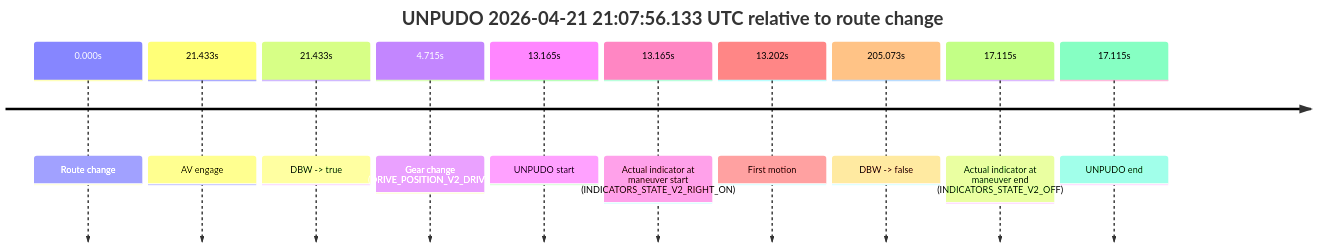
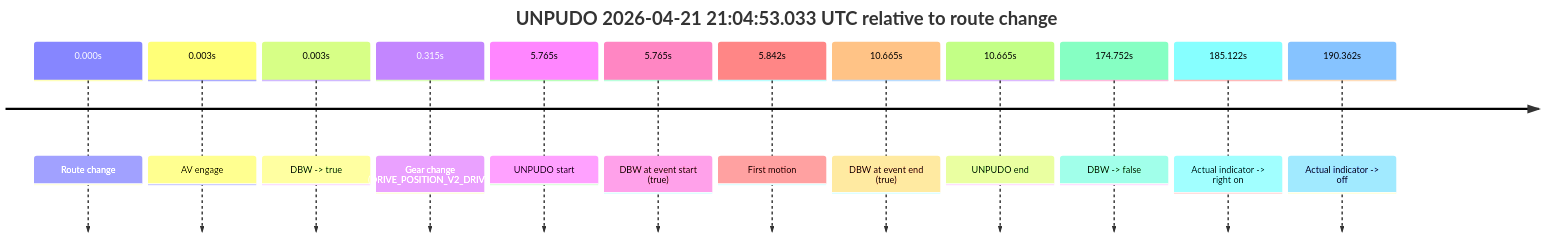
One commit to yoelshapiro/vault changed the second of 9 diagrams in model_analysis/report_cards/2026/04/Week-4/fme20009--2026-04-21--20-53-31--gen2-av-c485ff0d-599e-495f-bee7-17c4a854ab52.md. Above: the diagram before and after it, drawn with Mermaid. The commit also changed other lines of this file and 5 other files, not shown here.

````diff
--- a/model_analysis/report_cards/2026/04/Week-4/fme20009--2026-04-21--20-53-31--gen2-av-c485ff0d-599e-495f-bee7-17c4a854ab52.md
+++ b/model_analysis/report_cards/2026/04/Week-4/fme20009--2026-04-21--20-53-31--gen2-av-c485ff0d-599e-495f-bee7-17c4a854ab52.md
@@ -129,14 +134,16 @@
 ```mermaid
 timeline
-    title UNPUDO 2026-04-21 21:07:56.133 UTC relative to route change
+    title UNPUDO 2026-04-21 21:04:53.033 UTC relative to route change
     0.000s : Route change
-    21.433s : AV engage
-    21.433s : DBW -> true
-    4.715s : Gear change (DRIVE_POSITION_V2_DRIVE)
-    13.165s : UNPUDO start
-    13.165s : Actual indicator at maneuver start (INDICATORS_STATE_V2_RIGHT_ON)
-    13.202s : First motion
-    205.073s : DBW -> false
-    17.115s : Actual indicator at maneuver end (INDICATORS_STATE_V2_OFF)
-    17.115s : UNPUDO end
+    0.003s : AV engage
+    0.003s : DBW -> true
+    0.315s : Gear change (DRIVE_POSITION_V2_DRIVE)
+    5.765s : UNPUDO start
+    5.765s : DBW at event start (true)
+    5.842s : First motion
+    10.665s : DBW at event end (true)
+    10.665s : UNPUDO end
+    174.752s : DBW -> false
+    185.122s : Actual indicator -> right on
+    190.362s : Actual indicator -> off
 ```
````
